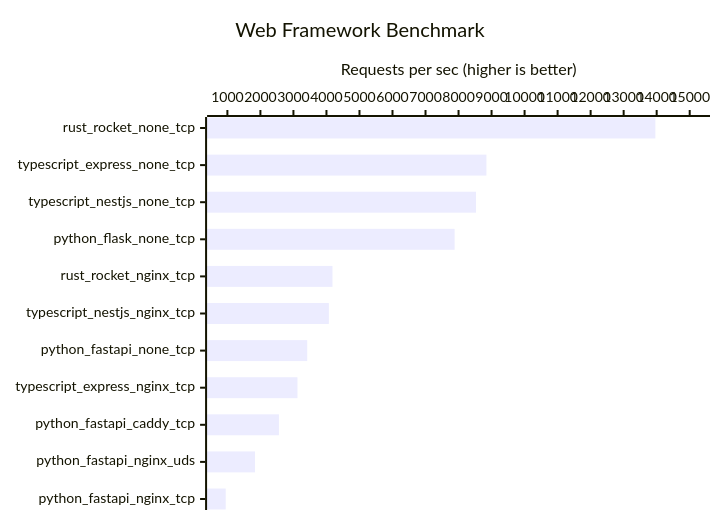
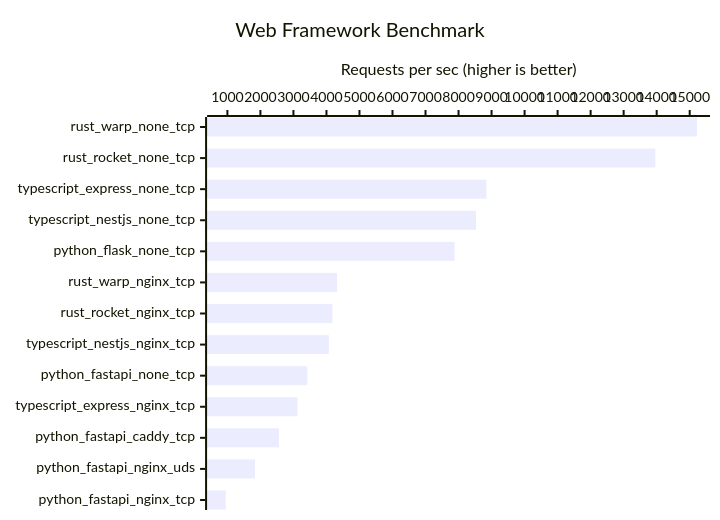
The diagram in README.md (gsy0911/zenn-web-framework-comparison), drawn with Mermaid before and after one commit. The commit also changed other lines of this file and 1 other file, not shown here.

Commit message:
modify warp

````diff
--- a/README.md
+++ b/README.md
@@ -7,7 +7,7 @@
 ```mermaid
 xychart-beta horizontal
     title "Web Framework Benchmark"
-    x-axis [rust_rocket_none_tcp, typescript_express_none_tcp, typescript_nestjs_none_tcp, python_flask_none_tcp, rust_rocket_nginx_tcp, typescript_nestjs_nginx_tcp, python_fastapi_none_tcp, typescript_express_nginx_tcp, python_fastapi_caddy_tcp, python_fastapi_nginx_uds, python_fastapi_nginx_tcp]
+    x-axis [rust_warp_none_tcp, rust_rocket_none_tcp, typescript_express_none_tcp, typescript_nestjs_none_tcp, python_flask_none_tcp, rust_warp_nginx_tcp, rust_rocket_nginx_tcp, typescript_nestjs_nginx_tcp, python_fastapi_none_tcp, typescript_express_nginx_tcp, python_fastapi_caddy_tcp, python_fastapi_nginx_uds, python_fastapi_nginx_tcp]
     y-axis "Requests per sec (higher is better)" 1000 --> 15000
-    bar [13961, 8845, 8530, 7882, 4183, 4073, 3417, 3122, 2561, 1837, 950]
+    bar [15222, 13961, 8845, 8530, 7882, 4321, 4183, 4073, 3417, 3122, 2561, 1837, 950]
 ```
````
